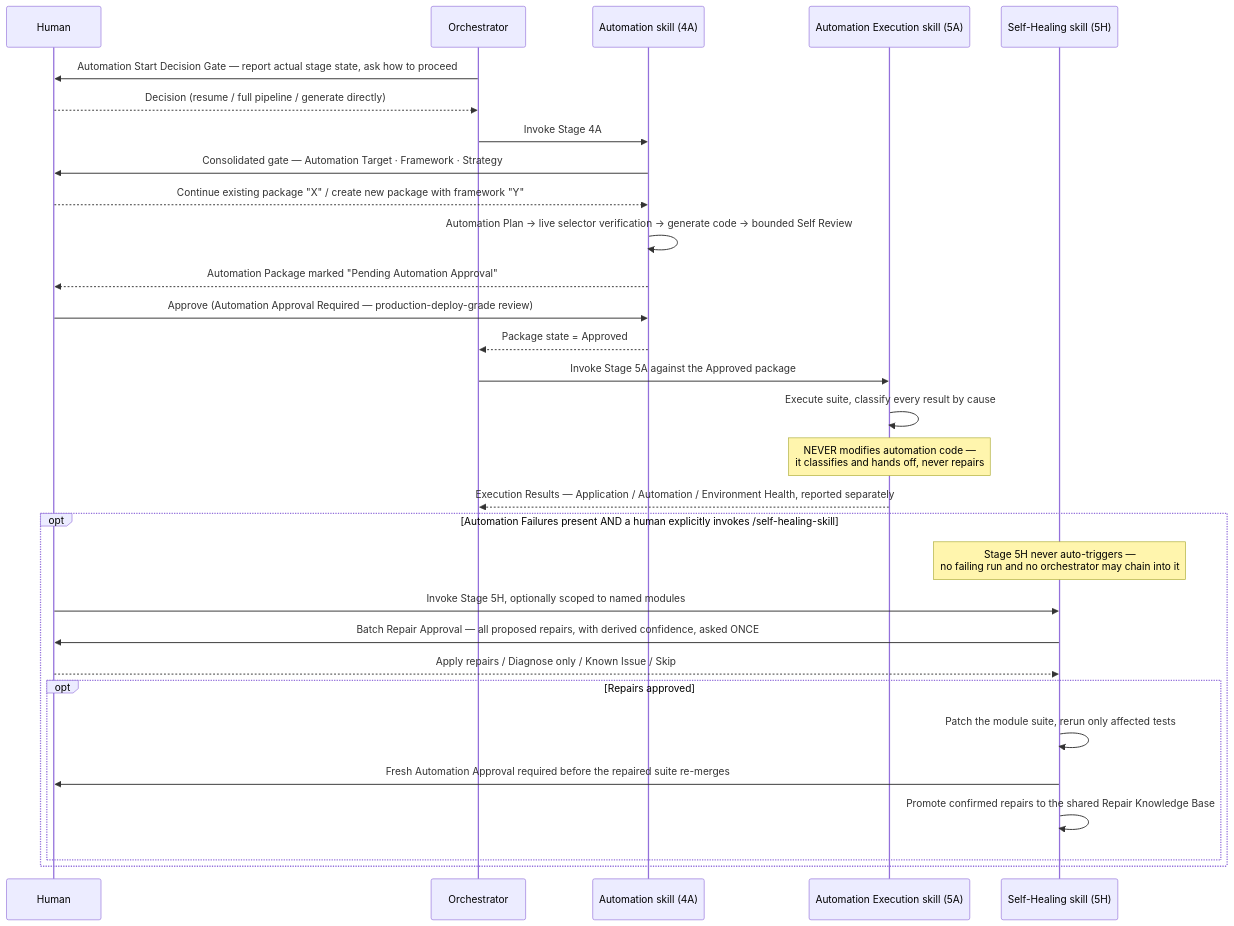
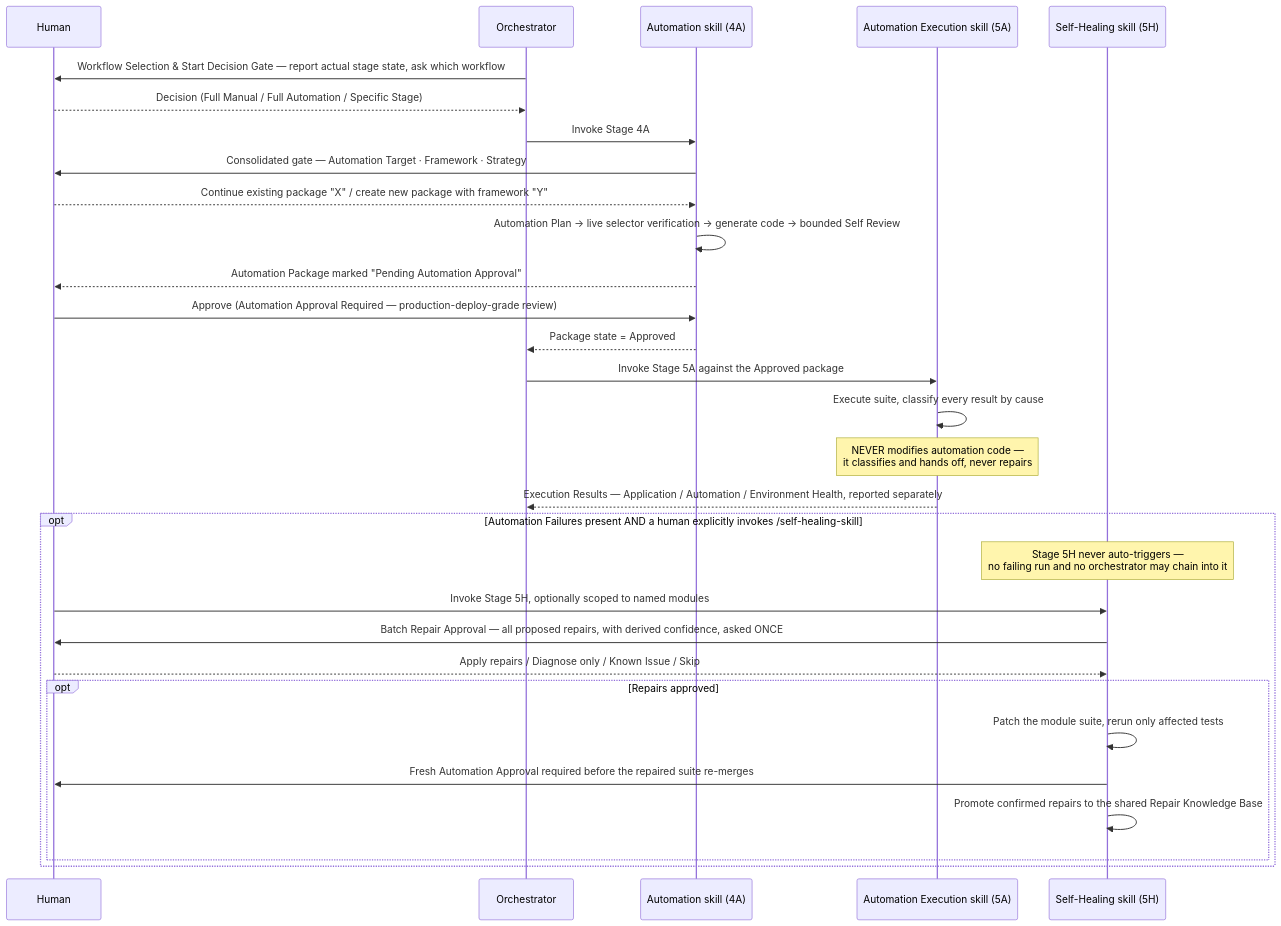
One commit to husseinata66/SpiceJetLV changed the fifth of 10 diagrams in README.md. Above: the diagram before and after it, drawn with Mermaid. The commit also changed other lines of this file and 730 other files, not shown here.

````diff
--- a/README.md
+++ b/README.md
@@ -461,37 +461,37 @@
 ```mermaid
 sequenceDiagram
     participant H as Human
     participant Orc as Orchestrator
     participant AA as Automation skill (4A)
     participant EA as Automation Execution skill (5A)
     participant SH as Self-Healing skill (5H)
 
-    Orc->>H: Automation Start Decision Gate — report actual stage state, ask how to proceed
-    H-->>Orc: Decision (resume / full pipeline / generate directly)
+    Orc->>H: Workflow Selection & Start Decision Gate — report actual stage state, ask which workflow
+    H-->>Orc: Decision (Full Manual / Full Automation / Specific Stage)
 
     Orc->>AA: Invoke Stage 4A
     AA->>H: Consolidated gate — Automation Target · Framework · Strategy
     H-->>AA: Continue existing package "X" / create new package with framework "Y"
     AA->>AA: Automation Plan → live selector verification → generate code → bounded Self Review
     AA-->>H: Automation Package marked "Pending Automation Approval"
 
     H->>AA: Approve (Automation Approval Required — production-deploy-grade review)
     AA-->>Orc: Package state = Approved
 
     Orc->>EA: Invoke Stage 5A against the Approved package
     EA->>EA: Execute suite, classify every result by cause
     Note over EA: NEVER modifies automation code —<br/>it classifies and hands off, never repairs
     EA-->>Orc: Execution Results — Application / Automation / Environment Health, reported separately
 
     opt Automation Failures present AND a human explicitly invokes /self-healing-skill
         Note over SH: Stage 5H never auto-triggers —<br/>no failing run and no orchestrator may chain into it
         H->>SH: Invoke Stage 5H, optionally scoped to named modules
         SH->>H: Batch Repair Approval — all proposed repairs, with derived confidence, asked ONCE
         H-->>SH: Apply repairs / Diagnose only / Known Issue / Skip
         opt Repairs approved
             SH->>SH: Patch the module suite, rerun only affected tests
             SH->>H: Fresh Automation Approval required before the repaired suite re-merges
             SH->>SH: Promote confirmed repairs to the shared Repair Knowledge Base
         end
     end
 ```
````
